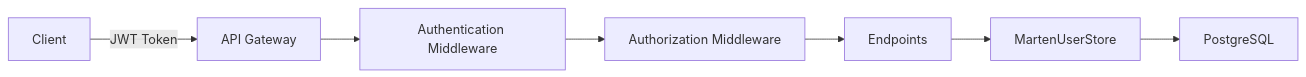
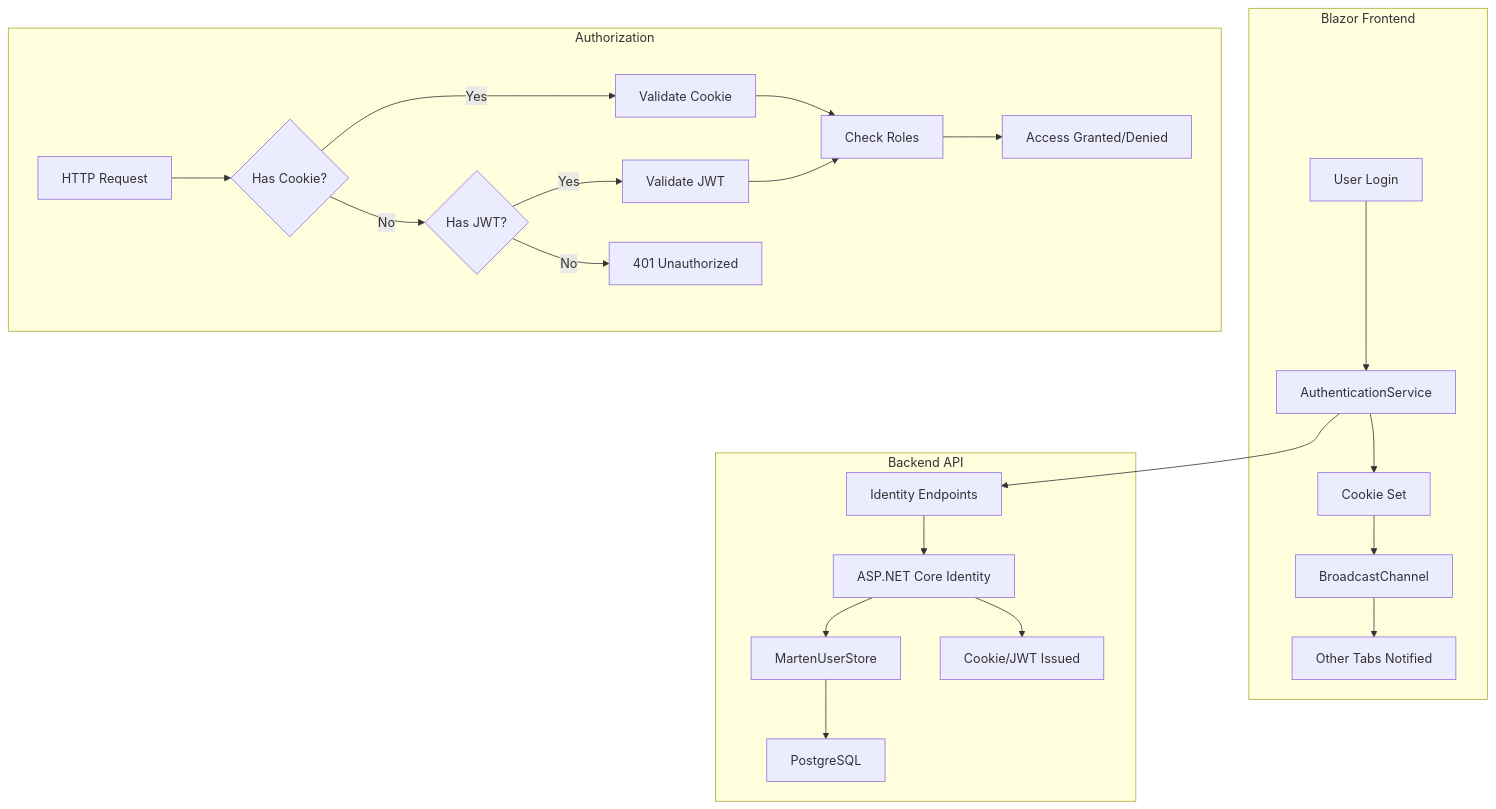
One commit to aalmada/BookStore changed the diagram in docs/authentication-guide.md. Above: the diagram before and after it, drawn with Mermaid. The commit also changed other lines of this file and 18 other files, not shown here.

Commit message:
feat: Implement cookie-based authentication for the Blazor web app with cross-tab sync and passkey support, updating documentation and removing client-side JWT token management.

````diff
--- a/docs/authentication-guide.md
+++ b/docs/authentication-guide.md
@@ -19,9 +20,29 @@
 ```mermaid
-graph LR
-    A[Client] -->|JWT Token| B[API Gateway]
-    B --> C[Authentication Middleware]
-    C --> D[Authorization Middleware]
-    D --> E[Endpoints]
-    E --> F[MartenUserStore]
-    F --> G[PostgreSQL]
+graph TB
+    subgraph "Blazor Frontend"
+        A[User Login] --> B[AuthenticationService]
+        B --> C[Cookie Set]
+        C --> D[BroadcastChannel]
+        D --> E[Other Tabs Notified]
+    end
+    
+    subgraph "Backend API"
+        F[Identity Endpoints] --> G[ASP.NET Core Identity]
+        G --> H[MartenUserStore]
+        H --> I[PostgreSQL]
+        G --> J[Cookie/JWT Issued]
+    end
+    
+    subgraph "Authorization"
+        K[HTTP Request] --> L{Has Cookie?}
+        L -->|Yes| M[Validate Cookie]
+        L -->|No| N{Has JWT?}
+        N -->|Yes| O[Validate JWT]
+        N -->|No| P[401 Unauthorized]
+        M --> Q[Check Roles]
+        O --> Q
+        Q --> R[Access Granted/Denied]
+    end
+    
+    B --> F
 ```
````
